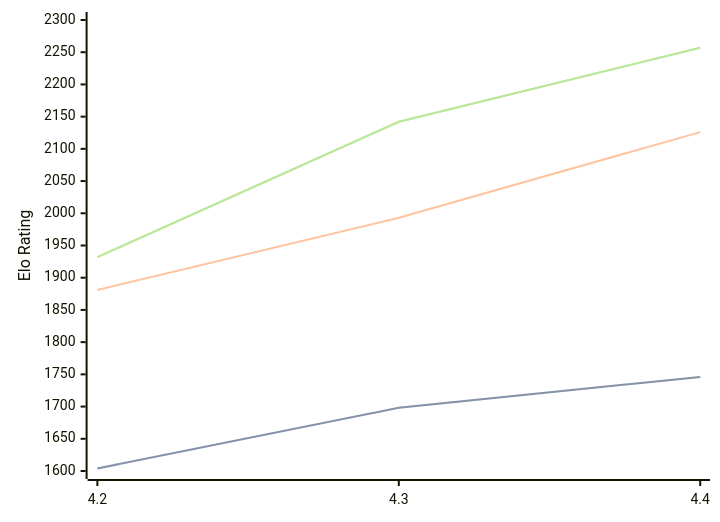
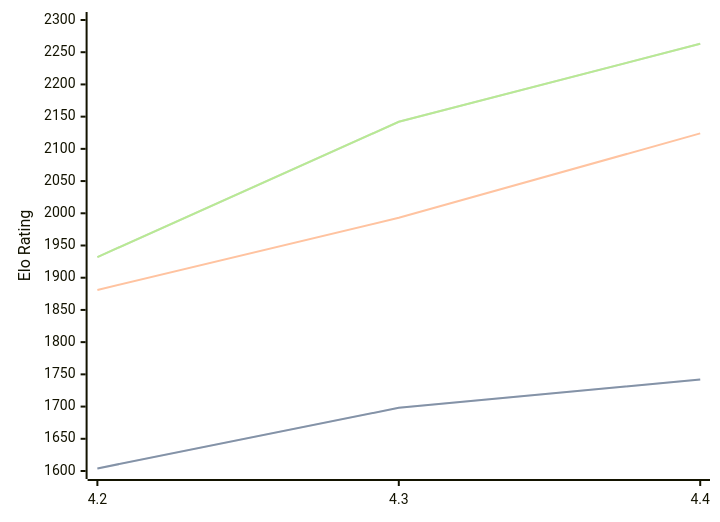
One commit to computer-chess-index/cci changed the diagram in engines/Radiance.md. Above: the diagram before and after it, drawn with Mermaid. The commit also changed other lines of this file, not shown here.

Commit message:
Update CCI Ratings (ELO VLTC) - 2026-05-12

````diff
--- a/engines/Radiance.md
+++ b/engines/Radiance.md
@@ -36,11 +36,11 @@
 ```mermaid
 %%{init: {"theme":"base","themeVariables":{"seriesColors:['#a3a3a3','#222221','#faa371']}}}%%
 xychart-beta
   x-axis ["4.2", "4.3", "4.4"]
   y-axis "Elo Rating" 1600 --> 2300
-  line "STC (8.0+0.08s)" [1604, 1698, 1746]
-  line "STC (8.0+0.08s)" [1604, 1698, 1746]
-  line "LTC (60.0+0.60s)" [1881, 1993, 2126]
-  line "VLTC (2m24s+1.12s)" [1932, 2142, 2257]
-  line "VLTC (2m24s+1.12s)" [1932, 2142, 2257]
+  line "STC (8.0+0.08s)" [1604, 1698, 1742]
+  line "STC (8.0+0.08s)" [1604, 1698, 1742]
+  line "LTC (60.0+0.60s)" [1881, 1993, 2124]
+  line "VLTC (2m24s+1.12s)" [1932, 2142, 2263]
+  line "VLTC (2m24s+1.12s)" [1932, 2142, 2263]
 ```
````
